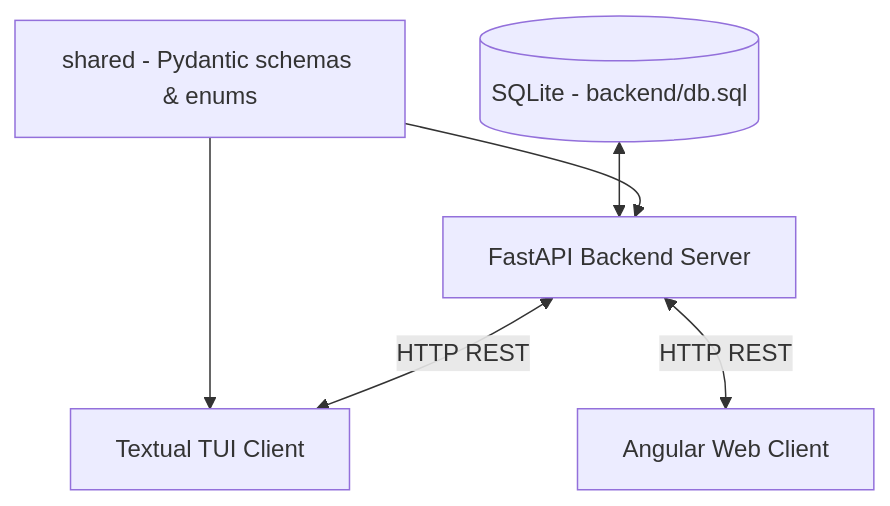
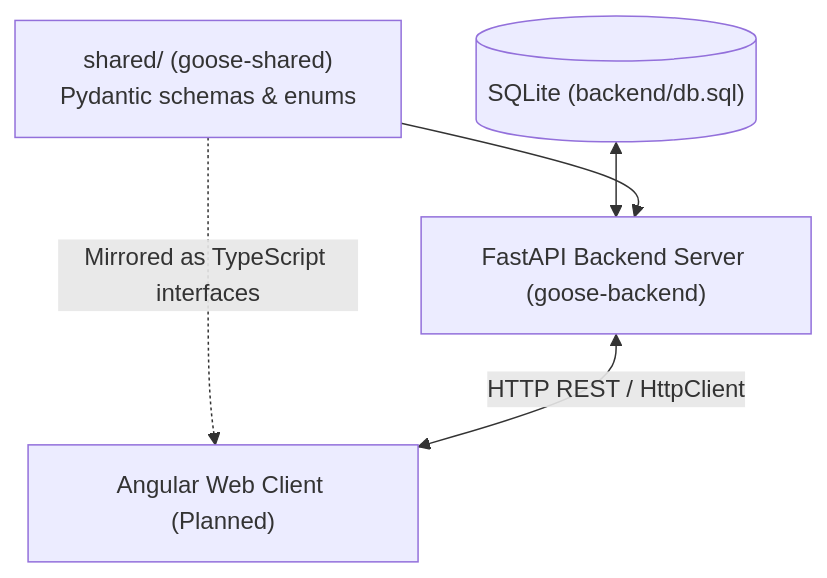
Before and after one commit to tame0001/goose: the diagram in docs/PROJECT_STRUCTURE.md, drawn with Mermaid. The commit also changed other lines of this file and 10 other files, not shown here.

````diff
--- a/docs/PROJECT_STRUCTURE.md
+++ b/docs/PROJECT_STRUCTURE.md
@@ -76,9 +72,8 @@
 ```mermaid
 graph TD
-    Shared[shared - Pydantic schemas & enums]
-    DB[(SQLite - backend/db.sql)] <--> Backend[FastAPI Backend Server]
+    Shared["shared/ (goose-shared)<br>Pydantic schemas & enums"]
+    DB[("SQLite (backend/db.sql)")] <--> Backend["FastAPI Backend Server (goose-backend)"]
     Shared --> Backend
-    Shared --> TUI
-    Backend <-->|HTTP REST| TUI[Textual TUI Client]
-    Backend <-->|HTTP REST| Angular[Angular Web Client]
+    Shared -.->|Mirrored as TypeScript interfaces| Angular["Angular Web Client (Planned)"]
+    Backend <-->|HTTP REST / HttpClient| Angular
 ```
````
